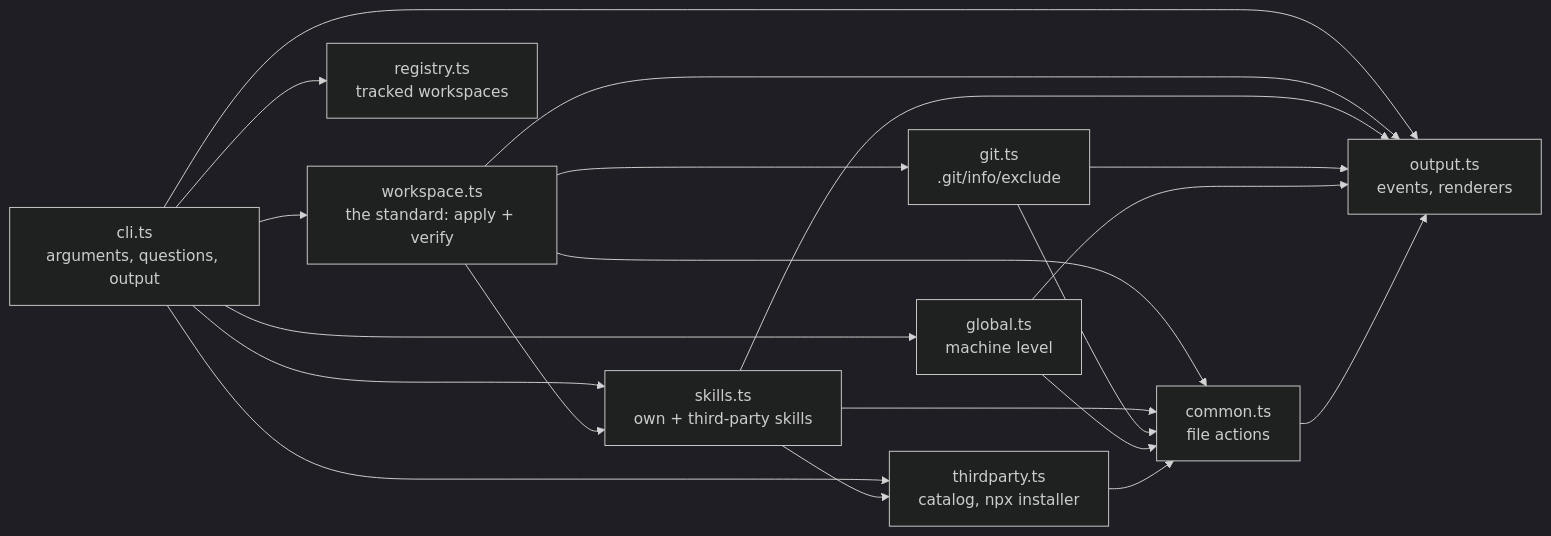
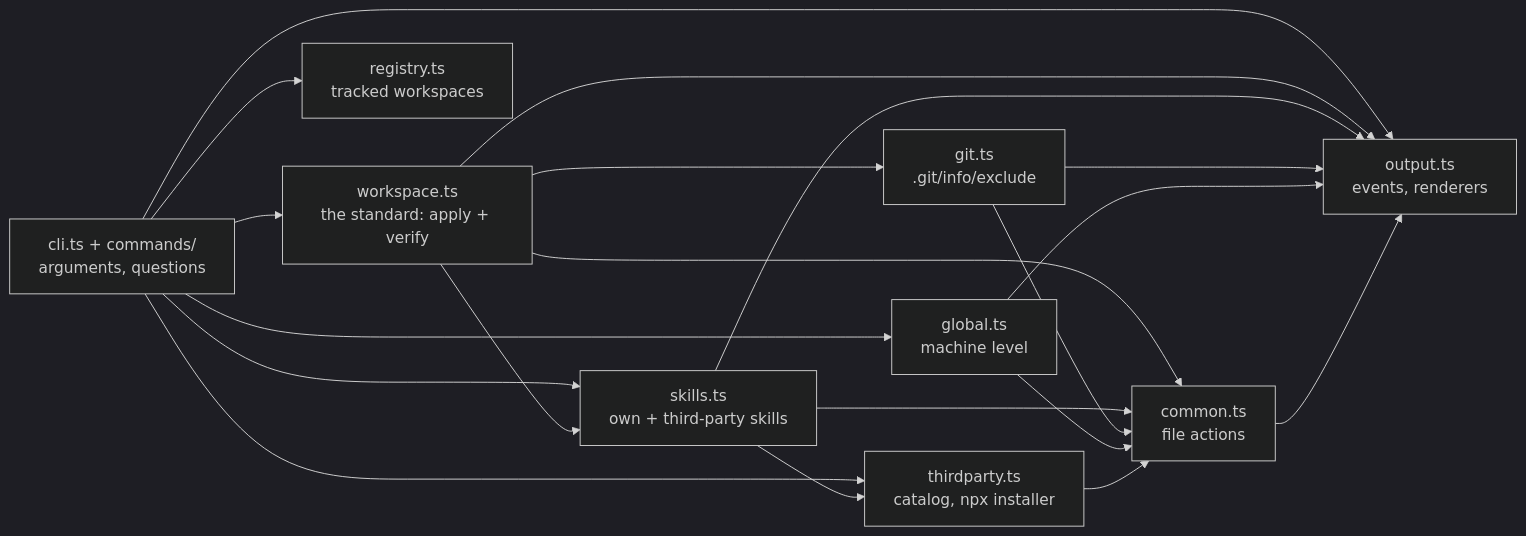
Before and after one commit to dotagents-org/dotagents-core: the diagram in docs/architecture.md, drawn with Mermaid (dark theme). The commit also changed other lines of this file and 11 other files, not shown here.

Commit message:
♻️ refactor(cli): move each command into its own file under commands/

````diff
--- a/docs/architecture.md
+++ b/docs/architecture.md
@@ -28,18 +30,18 @@
 ```mermaid
 flowchart LR
-    cli["cli.ts<br/>arguments, questions, output"]
+    cli["cli.ts + commands/<br/>arguments, questions"]
     ws["workspace.ts<br/>the standard: apply + verify"]
     sk["skills.ts<br/>own + third-party skills"]
     tp["thirdparty.ts<br/>catalog, npx installer"]
     git["git.ts<br/>.git/info/exclude"]
     gl["global.ts<br/>machine level"]
     reg["registry.ts<br/>tracked workspaces"]
     common["common.ts<br/>file actions"]
     out["output.ts<br/>events, renderers"]
 
     cli --> ws & sk & gl & reg & tp
     ws --> sk & git
     sk --> tp
     ws & sk & git & gl & tp --> common
     cli & ws & sk & git & gl & common --> out
 ```
````
